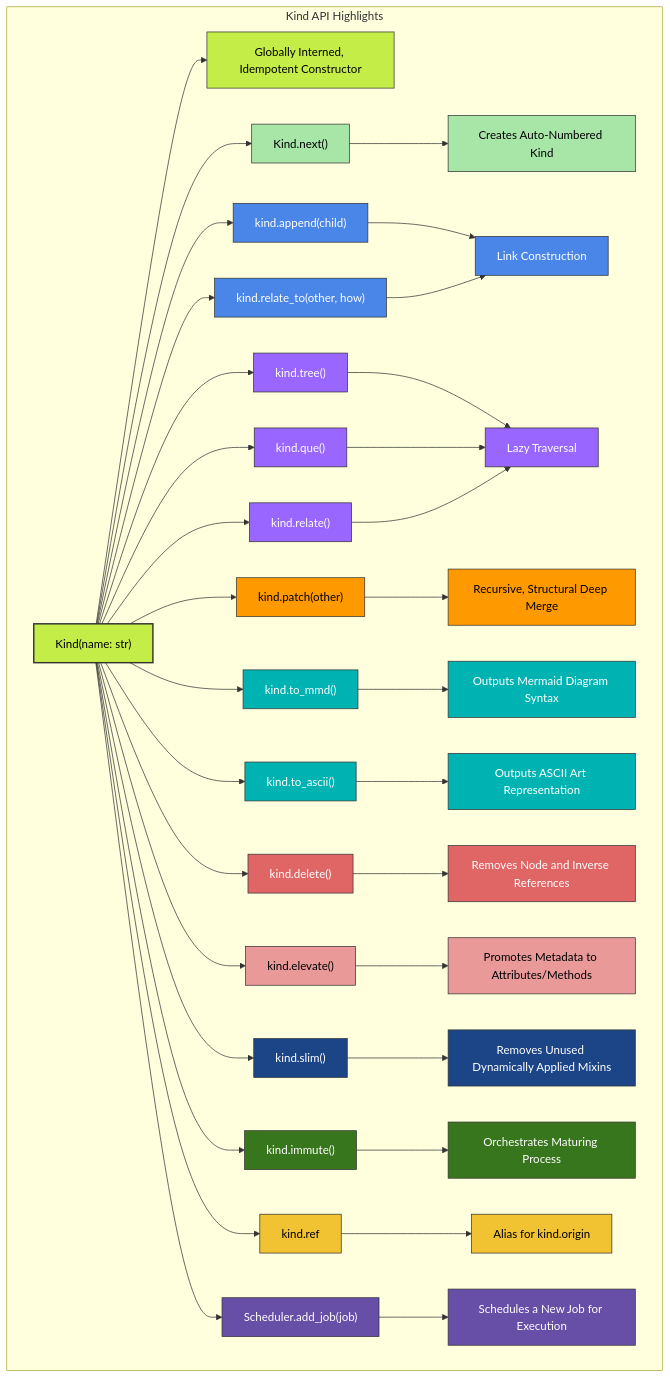
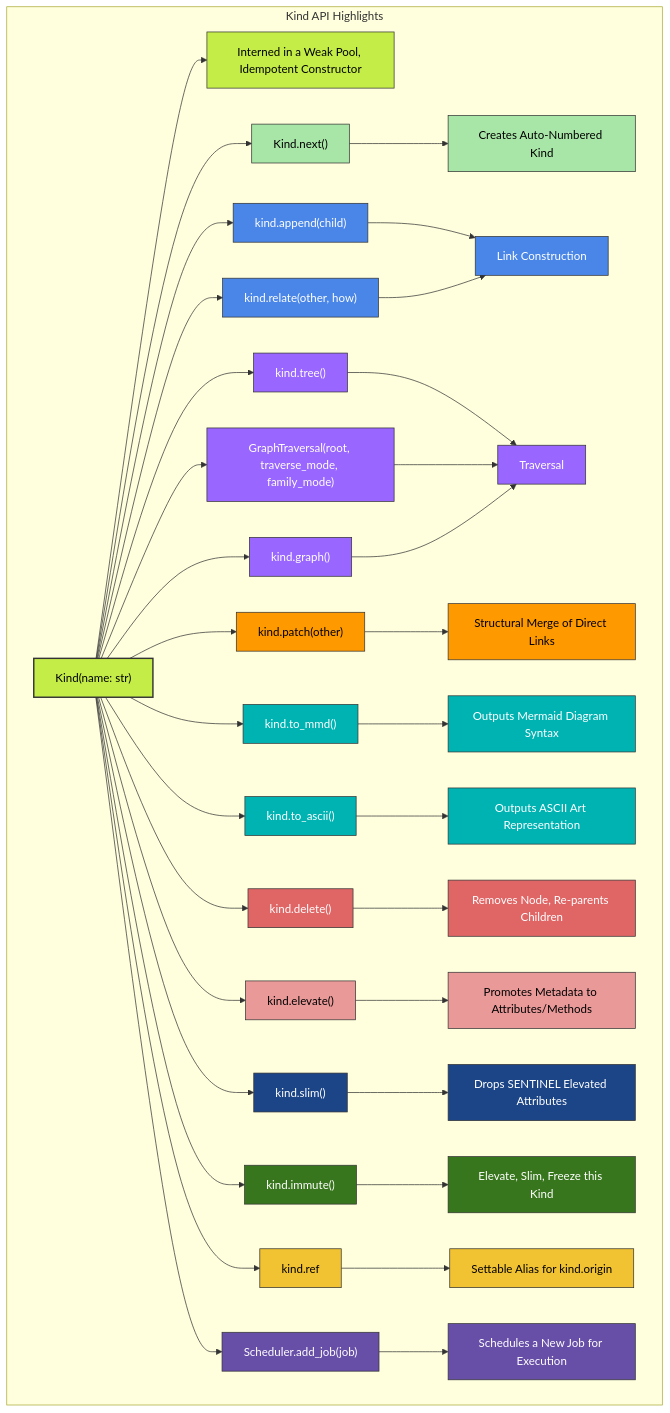
One commit to ikko/kind changed the diagram in docs/topics/8_api_highlights/api_overview.mmd. Above: the diagram before and after it, drawn with Mermaid. The commit also changed 62 other files, not shown here.

```diff
--- a/docs/topics/8_api_highlights/api_overview.mmd
+++ b/docs/topics/8_api_highlights/api_overview.mmd
@@ -1,88 +1,88 @@
 
 graph
     subgraph "Kind API Highlights"
-        A[Kind#40;name: str#41;] --> B[Globally Interned, Idempotent Constructor];
+        A[Kind#40;name: str#41;] --> B[Interned in a Weak Pool, Idempotent Constructor];
         A --> C[Kind.next#40;#41;];
         C --> D[Creates Auto-Numbered Kind];
         A --> E[kind.append#40;child#41;];
-        A --> F[kind.relate_to#40;other, how#41;];
+        A --> F[kind.relate#40;other, how#41;];
         E --> G[Link Construction];
         F --> G;
         A --> H[kind.tree#40;#41;];
-        A --> I[kind.que#40;#41;];
-        A --> J[kind.relate#40;#41;];
-        H --> K[Lazy Traversal];
+        A --> I[GraphTraversal#40;root, traverse_mode, family_mode#41;];
+        A --> J[kind.graph#40;#41;];
+        H --> K[Traversal];
         I --> K;
         J --> K;
         A --> L[kind.patch#40;other#41;];
-        L --> M[Recursive, Structural Deep Merge];
+        L --> M[Structural Merge of Direct Links];
         A --> N[kind.to_mmd#40;#41;];
         N --> O[Outputs Mermaid Diagram Syntax];
         A --> P[kind.to_ascii#40;#41;];
         P --> Q[Outputs ASCII Art Representation];
         A --> R[kind.delete#40;#41;];
-        R --> S[Removes Node and Inverse References];
+        R --> S[Removes Node, Re-parents Children];
         A --> T[kind.elevate#40;#41;];
         T --> U[Promotes Metadata to Attributes/Methods];
         A --> V[kind.slim#40;#41;];
-        V --> W[Removes Unused Dynamically Applied Mixins];
+        V --> W[Drops SENTINEL Elevated Attributes];
         A --> X[kind.immute#40;#41;];
-        X --> Y[Orchestrates Maturing Process];
+        X --> Y[Elevate, Slim, Freeze this Kind];
         A --> Z[kind.ref];
-        Z --> AA[Alias for kind.origin];
+        Z --> AA[Settable Alias for kind.origin];
         A --> AB[Scheduler.add_job#40;job#41;];
         AB --> AC[Schedules a New Job for Execution];
     end
 
     %% Main Kind node
     style A fill:#c4ed48,stroke:#333,stroke-width:2px,color:#000000;
     style B fill:#c4ed48,stroke:#333,stroke-width:1px,color:#000000;
 
     %% Kind creation group - light green
     style C fill:#a8e6a8,stroke:#333,stroke-width:1px,color:#000000;
     style D fill:#a8e6a8,stroke:#333,stroke-width:1px,color:#000000;
 
     %% Relationship management group - blue
     style E fill:#4a86e8,stroke:#333,stroke-width:1px,color:#ffffff;
     style F fill:#4a86e8,stroke:#333,stroke-width:1px,color:#ffffff;
     style G fill:#4a86e8,stroke:#333,stroke-width:1px,color:#ffffff;
 
     %% Traversal group - purple
     style H fill:#9966ff,stroke:#333,stroke-width:1px,color:#ffffff;
     style I fill:#9966ff,stroke:#333,stroke-width:1px,color:#ffffff;
     style J fill:#9966ff,stroke:#333,stroke-width:1px,color:#ffffff;
     style K fill:#9966ff,stroke:#333,stroke-width:1px,color:#ffffff;
 
     %% Data manipulation group - orange
     style L fill:#ff9900,stroke:#333,stroke-width:1px,color:#000000;
     style M fill:#ff9900,stroke:#333,stroke-width:1px,color:#000000;
 
     %% Visualization group - teal
     style N fill:#00b3b3,stroke:#333,stroke-width:1px,color:#ffffff;
     style O fill:#00b3b3,stroke:#333,stroke-width:1px,color:#ffffff;
     style P fill:#00b3b3,stroke:#333,stroke-width:1px,color:#ffffff;
     style Q fill:#00b3b3,stroke:#333,stroke-width:1px,color:#ffffff;
 
     %% Node management group - red
     style R fill:#e06666,stroke:#333,stroke-width:1px,color:#ffffff;
     style S fill:#e06666,stroke:#333,stroke-width:1px,color:#ffffff;
 
     %% Metadata management group - pink
     style T fill:#ea9999,stroke:#333,stroke-width:1px,color:#000000;
     style U fill:#ea9999,stroke:#333,stroke-width:1px,color:#000000;
 
     %% Optimization group - dark blue
     style V fill:#1c4587,stroke:#333,stroke-width:1px,color:#ffffff;
     style W fill:#1c4587,stroke:#333,stroke-width:1px,color:#ffffff;
 
     %% Lifecycle management group - dark green
     style X fill:#38761d,stroke:#333,stroke-width:1px,color:#ffffff;
     style Y fill:#38761d,stroke:#333,stroke-width:1px,color:#ffffff;
 
     %% Reference management group - gold
     style Z fill:#f1c232,stroke:#333,stroke-width:1px,color:#000000;
     style AA fill:#f1c232,stroke:#333,stroke-width:1px,color:#000000;
 
     %% Scheduling group - dark purple
     style AB fill:#674ea7,stroke:#333,stroke-width:1px,color:#ffffff;
     style AC fill:#674ea7,stroke:#333,stroke-width:1px,color:#ffffff;
```
